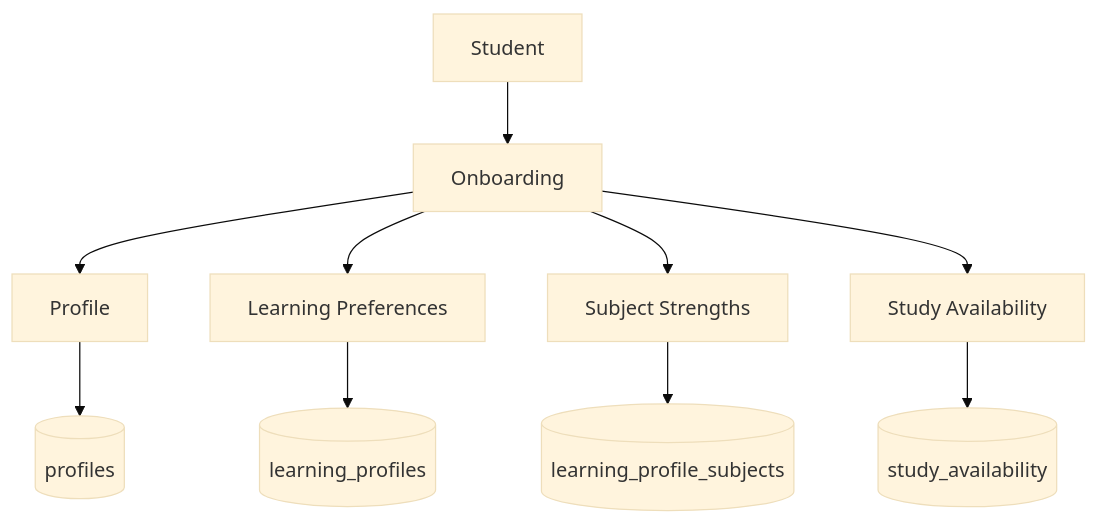
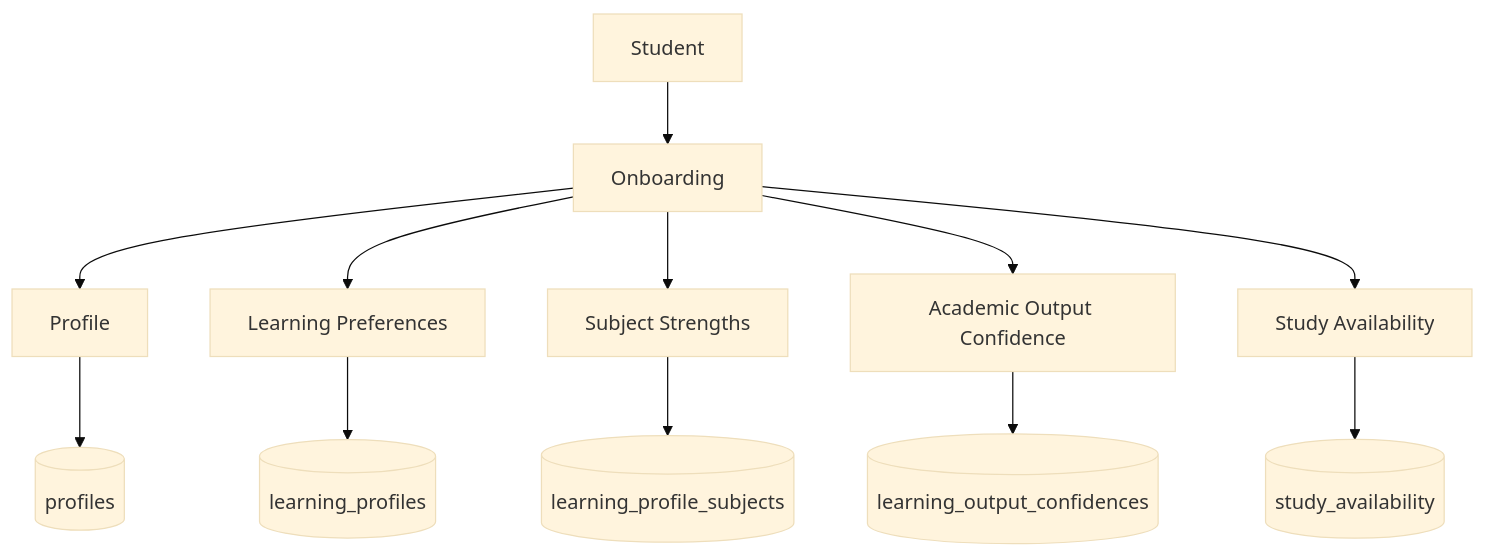
One commit to jianna-acc/stsp-capstone changed the third of 11 diagrams in docs/ARCHITECTURE.md. Above: the diagram before and after it, drawn with Mermaid (base theme). The commit also changed other lines of this file and 2 other files, not shown here.

Commit message:
docs(tasks): document academic tasks integration

````diff
--- a/docs/ARCHITECTURE.md
+++ b/docs/ARCHITECTURE.md
@@ -292,27 +317,31 @@
 ```mermaid
 flowchart TD
     STUDENT["Student"]
     ONBOARDING["Onboarding"]
 
     PROFILE["Profile"]
     LEARNING["Learning Preferences"]
     STRENGTHS["Subject Strengths"]
+    CONFIDENCE["Academic Output Confidence"]
     AVAILABILITY["Study Availability"]
 
     PROFILES[("profiles")]
     LEARNING_TABLE[("learning_profiles")]
     SUBJECT_TABLE[("learning_profile_subjects")]
+    CONFIDENCE_TABLE[("learning_output_confidences")]
     AVAILABILITY_TABLE[("study_availability")]
 
     STUDENT --> ONBOARDING
 
     ONBOARDING --> PROFILE
     ONBOARDING --> LEARNING
     ONBOARDING --> STRENGTHS
+    ONBOARDING --> CONFIDENCE
     ONBOARDING --> AVAILABILITY
 
     PROFILE --> PROFILES
     LEARNING --> LEARNING_TABLE
     STRENGTHS --> SUBJECT_TABLE
+    CONFIDENCE --> CONFIDENCE_TABLE
     AVAILABILITY --> AVAILABILITY_TABLE
 ```
````
